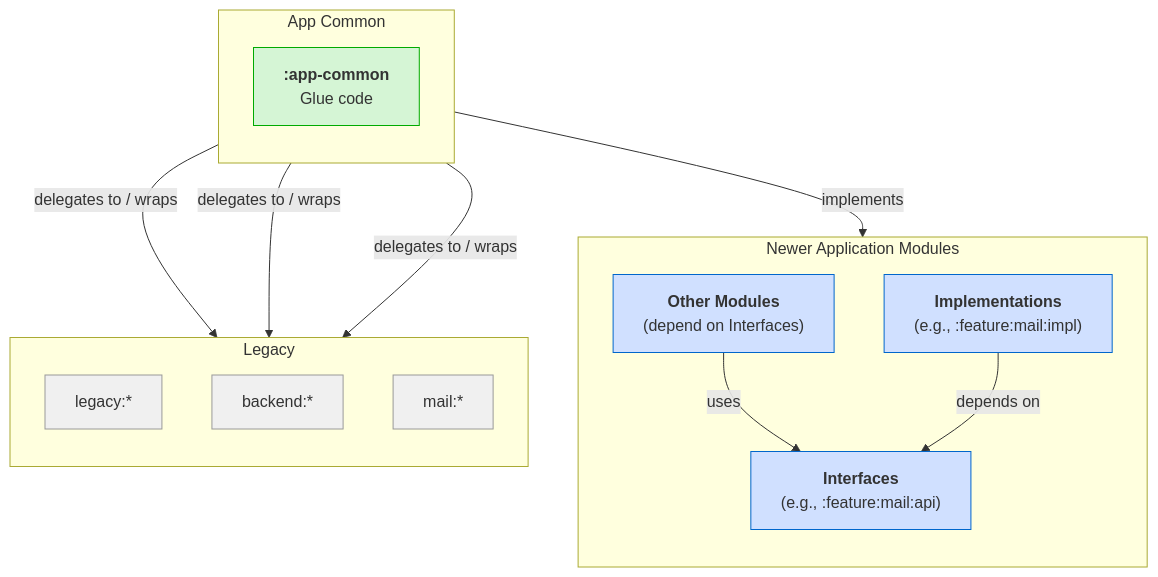
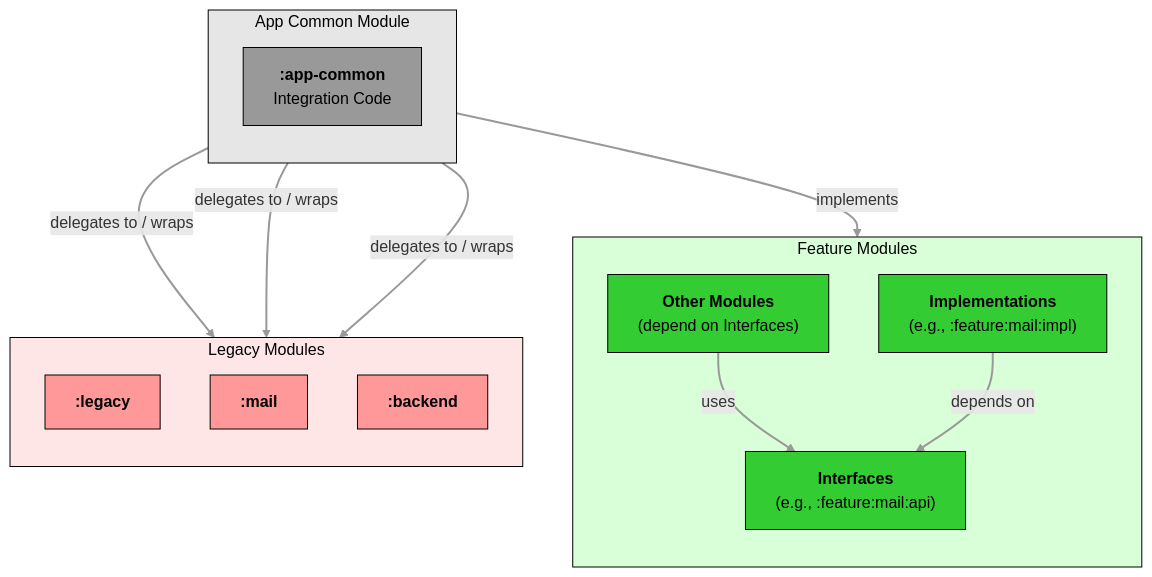
One commit to thunderbird/thunderbird-android changed the first of 2 diagrams in docs/architecture/legacy-module-integration.md. Above: the diagram before and after it, drawn with Mermaid. The commit also changed other lines of this file and 5 other files, not shown here.

Commit message:
docs(architecture): improve diagram colors and unified styling and naming

````diff
--- a/docs/architecture/legacy-module-integration.md
+++ b/docs/architecture/legacy-module-integration.md
@@ -59,36 +59,44 @@
 ```mermaid
 graph TB
-    subgraph NEW_MODULES[Newer Application Modules]
+    subgraph FEATURE[Feature Modules]
         direction TB
         INTERFACES["`**Interfaces**<br> (e.g., :feature:mail:api)`"]
         IMPLEMENTATIONS["`**Implementations**<br> (e.g., :feature:mail:impl)`"]
         OTHER_MODULES["`**Other Modules**<br>(depend on Interfaces)`"]
     end
 
-    subgraph COMMON[App Common]
+    subgraph COMMON[App Common Module]
         direction TB
-        APP_COMMON["`**:app-common**<br>Glue code`"]
+        COMMON_APP["`**:app-common**<br>Integration Code`"]
     end
 
-    subgraph LEGACY[Legacy]
+    subgraph LEGACY[Legacy Modules]
         direction TB
-        LEGACY1[legacy:*]
-        LEGACY3[backend:*]
-        LEGACY2[mail:*]
+        LEGACY_K9["`**:legacy**`"]
+        LEGACY_MAIL["`**:mail**`"]
+        LEGACY_BACKEND["`**:backend**`"]
     end
 
     OTHER_MODULES --> |uses| INTERFACES
     IMPLEMENTATIONS --> |depends on| INTERFACES
-    APP_COMMON --> |implements| INTERFACES
-    APP_COMMON --> |delegates to / wraps| LEGACY1
-    APP_COMMON --> |delegates to / wraps| LEGACY2
-    APP_COMMON --> |delegates to / wraps| LEGACY3
+    COMMON_APP --> |implements| INTERFACES
+    COMMON_APP --> |delegates to / wraps| LEGACY_K9
+    COMMON_APP --> |delegates to / wraps| LEGACY_MAIL
+    COMMON_APP --> |delegates to / wraps| LEGACY_BACKEND
 
-    classDef legacy fill:#f0f0f0,stroke:#999999
-    classDef app_common fill:#d5f5d5,stroke:#00aa00
-    classDef new_modules fill:#d0e0ff,stroke:#0066cc
+    classDef common fill:#e6e6e6,stroke:#000000,color:#000000
+    classDef common_module fill:#999999,stroke:#000000,color:#000000
+    classDef feature fill:#d9ffd9,stroke:#000000,color:#000000
+    classDef feature_module fill:#33cc33,stroke:#000000,color:#000000
+    classDef legacy fill:#ffe6e6,stroke:#000000,color:#000000
+    classDef legacy_module fill:#ff9999,stroke:#000000,color:#000000
 
-    class APP_COMMON app_common
-    class OTHER_MODULES,INTERFACES,IMPLEMENTATIONS new_modules
-    class LEGACY1,LEGACY2,LEGACY3 legacy
+    linkStyle default stroke:#999,stroke-width:2px
+
+    class COMMON common
+    class COMMON_APP common_module
+    class FEATURE feature
+    class INTERFACES,IMPLEMENTATIONS,OTHER_MODULES feature_module
+    class LEGACY legacy
+    class LEGACY_MAIL,LEGACY_BACKEND,LEGACY_K9 legacy_module
 ```
````
